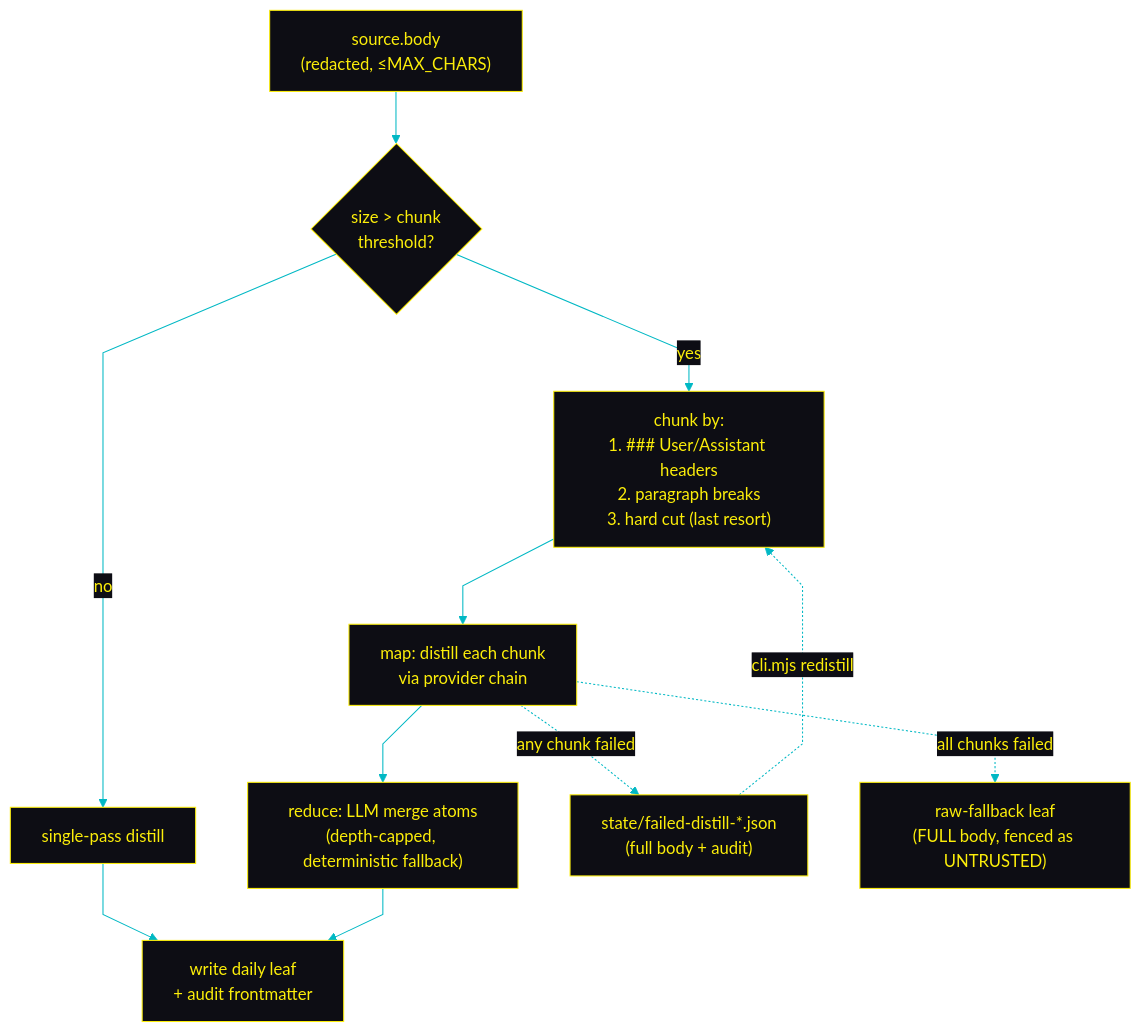
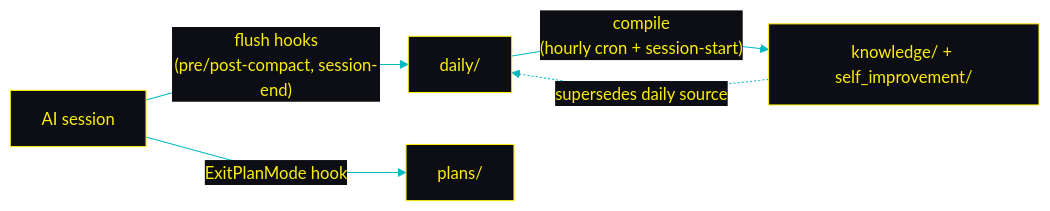
One commit to ctxr-dev/llm-wiki-memory changed the second of 3 diagrams in README.md. Above: the diagram before and after it, drawn with Mermaid. The commit also changed other lines of this file and 3 other files, not shown here.

````diff
--- a/README.md
+++ b/README.md
@@ -196,15 +181,9 @@
 ```mermaid
 %%{init: {"theme":"base","flowchart":{"curve":"linear"},"themeVariables":{"lineColor":"#00B8C4","primaryColor":"#0D0D14","primaryTextColor":"#FCEE0A","primaryBorderColor":"#FCEE0A","secondaryColor":"#16161E","tertiaryColor":"#16161E","clusterBkg":"#16161E","clusterBorder":"#00B8C4","edgeLabelBackground":"#0D0D14","textColor":"#00B8C4"}}}%%
-flowchart TD
-    SRC["source.body<br/>(redacted, ≤MAX_CHARS)"]
-    SRC --> CK{"size > chunk<br/>threshold?"}
-    CK -- no --> SP[single-pass distill]
-    CK -- yes --> CH["chunk by:<br/>1. ### User/Assistant headers<br/>2. paragraph breaks<br/>3. hard cut (last resort)"]
-    CH --> MAP["map: distill each chunk<br/>via provider chain"]
-    MAP --> RED["reduce: LLM merge atoms<br/>(depth-capped, deterministic fallback)"]
-    SP --> WR["write daily leaf<br/>+ audit frontmatter"]
-    RED --> WR
-    MAP -.->|any chunk failed| STASH["state/failed-distill-*.json<br/>(full body + audit)"]
-    MAP -.->|all chunks failed| RAW["raw-fallback leaf<br/>(FULL body, fenced as UNTRUSTED)"]
-    STASH -.->|"cli.mjs redistill"| CH
+flowchart LR
+    S[AI session]
+    S -- "flush hooks<br/>(pre/post-compact, session-end)" --> DA[daily/]
+    S -- "ExitPlanMode hook" --> PL[plans/]
+    DA -- "compile<br/>(hourly cron + session-start)" --> KSI["knowledge/ + self_improvement/"]
+    KSI -. supersedes daily source .-> DA
 ```
````
